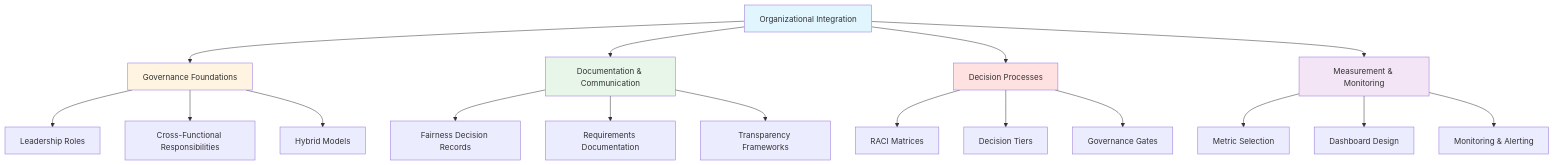
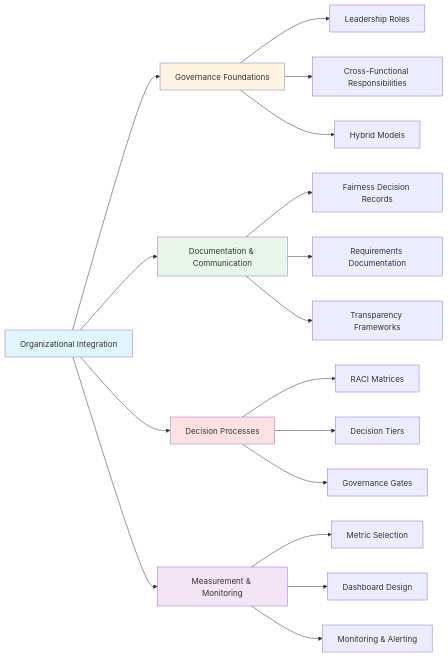
One commit to fifa0209/Fairness-Implementation-Playbook changed the first of 2 diagrams in 02_Organizational-Integration-Toolkit.md. Above: the diagram before and after it, drawn with Mermaid. The commit also changed other lines of this file, not shown here.

````diff
--- a/02_Organizational-Integration-Toolkit.md
+++ b/02_Organizational-Integration-Toolkit.md
@@ -16,29 +52,29 @@
 ```mermaid
-graph TB
+graph LR
     A[Organizational Integration] --> B[Governance Foundations]
     A --> C[Documentation & Communication]
     A --> D[Decision Processes]
     A --> E[Measurement & Monitoring]
     
     B --> B1[Leadership Roles]
     B --> B2[Cross-Functional Responsibilities]
     B --> B3[Hybrid Models]
     
     C --> C1[Fairness Decision Records]
     C --> C2[Requirements Documentation]
     C --> C3[Transparency Frameworks]
     
     D --> D1[RACI Matrices]
     D --> D2[Decision Tiers]
     D --> D3[Governance Gates]
     
     E --> E1[Metric Selection]
     E --> E2[Dashboard Design]
     E --> E3[Monitoring & Alerting]
     
     style A fill:#e1f5ff
     style B fill:#fff4e1
     style C fill:#e8f5e9
     style D fill:#ffe1e1
     style E fill:#f3e5f5
 ```
````
